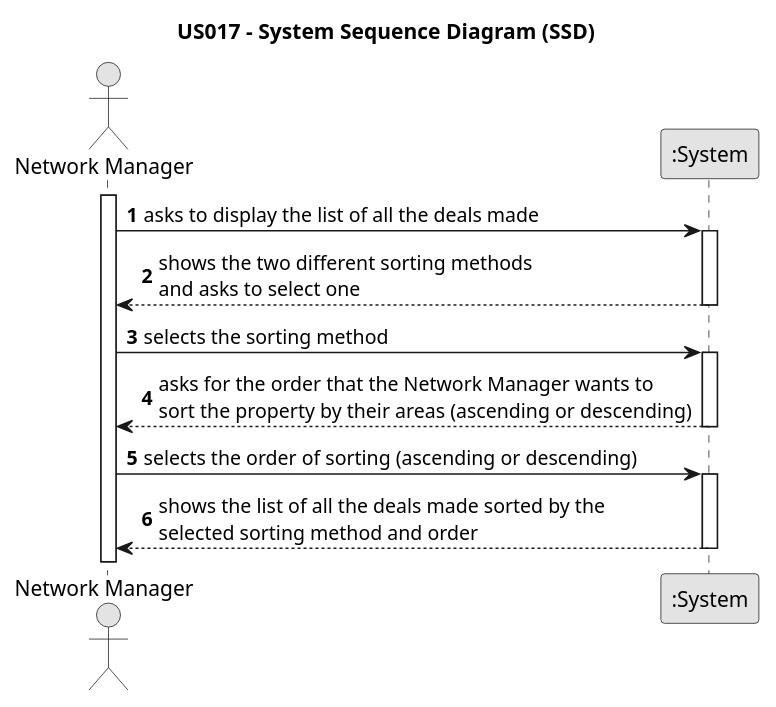
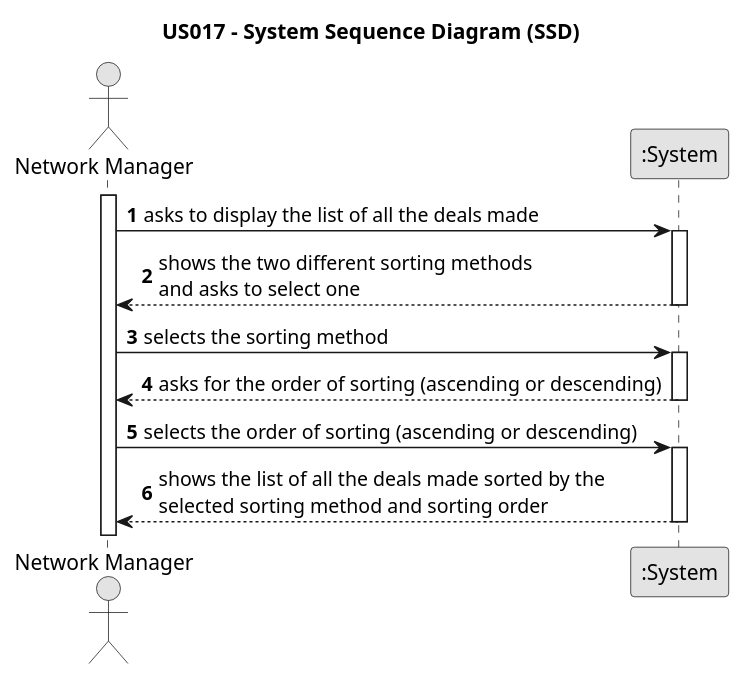
The diagram in docs/sprintD/us017/01.requirements-engineering/puml/us017-system-sequence-diagram.puml (1220812/LAPR2), drawn with PlantUML before and after one commit. The commit also changed 8 other files, not shown here.

Commit message:
Use case diagram updated Some updates in the US017 - design

```diff
--- a/docs/sprintD/us017/01.requirements-engineering/puml/us017-system-sequence-diagram.puml
+++ b/docs/sprintD/us017/01.requirements-engineering/puml/us017-system-sequence-diagram.puml
@@ -1,39 +1,39 @@
 @startuml
 skinparam monochrome true
 skinparam packageStyle rectangle
 skinparam shadowing false
 
 title US017 - System Sequence Diagram (SSD)
 
 autonumber
 
 actor "Network Manager" as NM
 participant ":System" as System
 
 activate NM
 
     NM -> System : asks to display the list of all the deals made
 
     activate System
 
         System --> NM : shows the two different sorting methods \nand asks to select one
 
     deactivate System
 
     NM -> System : selects the sorting method
 
     activate System
 
-    System --> NM : asks for the order that the Network Manager wants to \nsort the property by their areas (ascending or descending)
+    System --> NM : asks for the order of sorting (ascending or descending)
 
     deactivate System
 
     NM -> System : selects the order of sorting (ascending or descending)
 
     activate System
 
-    System --> NM : shows the list of all the deals made sorted by the \nselected sorting method and order
+    System --> NM : shows the list of all the deals made sorted by the \nselected sorting method and sorting order
 
     deactivate System
 
 @enduml
```
